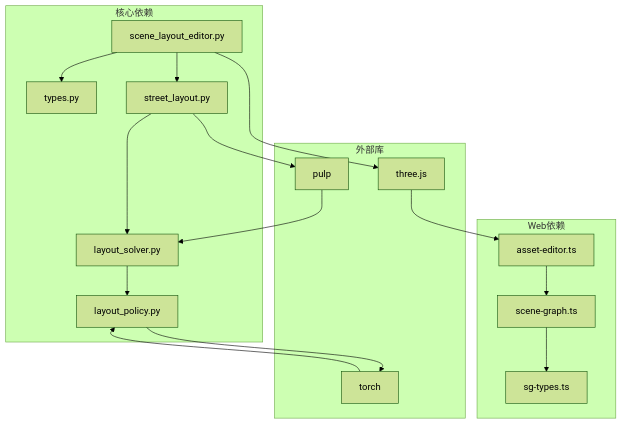
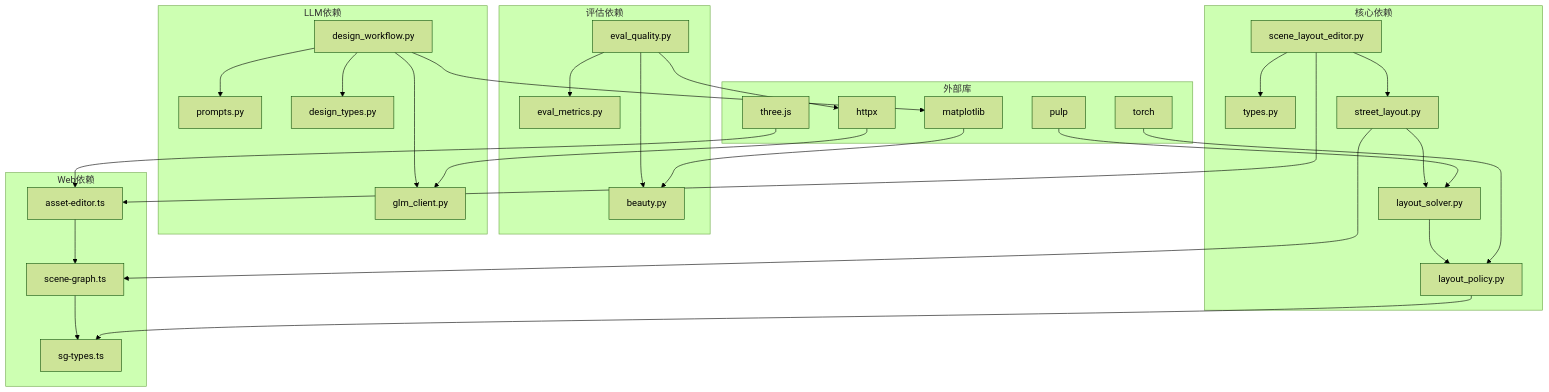
Before and after one commit to wsqstar/RoadGen3D: the seventh of 7 diagrams in .qoder/repowiki/zh/content/里程碑管道/自动场景生成流水线/场景布局编辑器.md, drawn with Mermaid (forest theme). The commit also changed other lines of this file and 12 other files, not shown here.

````diff
--- a/.qoder/repowiki/zh/content/里程碑管道/自动场景生成流水线/场景布局编辑器.md
+++ b/.qoder/repowiki/zh/content/里程碑管道/自动场景生成流水线/场景布局编辑器.md
@@ -220,21 +395,34 @@
 ```mermaid
 graph TB
 subgraph "核心依赖"
 A[scene_layout_editor.py] --> B[types.py]
 A --> C[street_layout.py]
 C --> D[layout_solver.py]
 D --> E[layout_policy.py]
 end
+subgraph "评估依赖"
+F[eval_quality.py] --> G[eval_metrics.py]
+F --> H[beauty.py]
+end
+subgraph "LLM依赖"
+I[design_workflow.py] --> J[glm_client.py]
+I --> K[prompts.py]
+I --> L[design_types.py]
+end
 subgraph "Web依赖"
-F[asset-editor.ts] --> G[scene-graph.ts]
-G --> H[sg-types.ts]
+M[asset-editor.ts] --> N[scene-graph.ts]
+N --> O[sg-types.ts]
 end
 subgraph "外部库"
-I[three.js] --> F
-J[pulp] --> D
-K[torch] --> E
+P[three.js] --> M
+Q[pulp] --> D
+R[torch] --> E
+S[httpx] --> J
+T[matplotlib] --> H
 end
-A --> I
-C --> J
-E --> K
+A --> M
+C --> N
+E --> O
+F --> S
+I --> T
 ```
````
